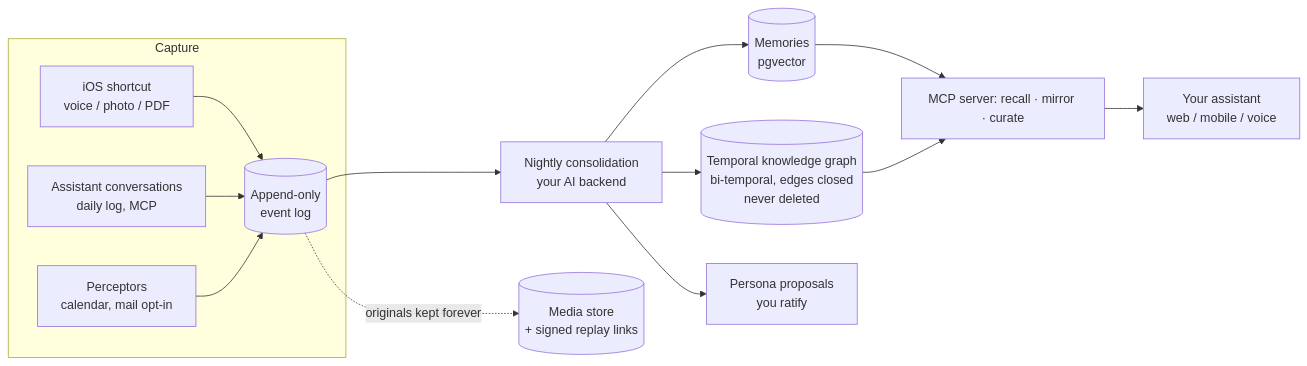
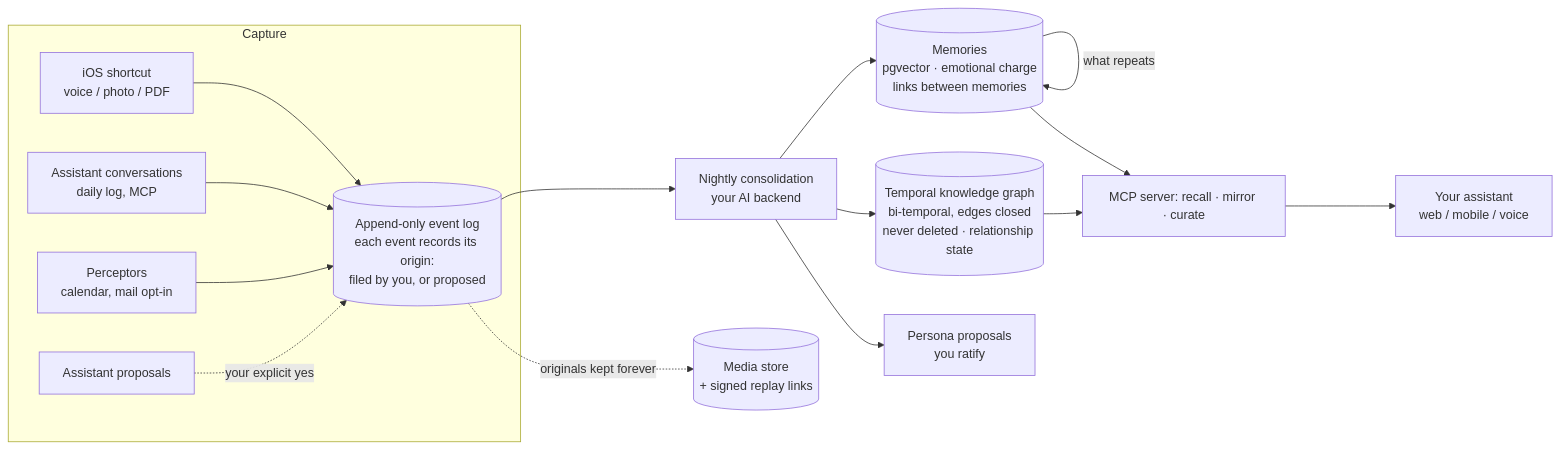
The diagram in README.md (Pensine/souvenance.me), drawn with Mermaid before and after one commit. The commit also changed other lines of this file and 20 other files, not shown here.

````diff
--- a/README.md
+++ b/README.md
@@ -66,15 +89,17 @@
 ```mermaid
 flowchart LR
     subgraph capture [Capture]
         A[iOS shortcut<br>voice / photo / PDF] --> E
         B[Assistant conversations<br>daily log, MCP] --> E
         C[Perceptors<br>calendar, mail opt-in] --> E
+        D[Assistant proposals] -.your explicit yes.-> E
     end
-    E[(Append-only<br>event log)] --> N[Nightly consolidation<br>your AI backend]
-    N --> M[(Memories<br>pgvector)]
-    N --> G[(Temporal knowledge graph<br>bi-temporal, edges closed<br>never deleted)]
+    E[(Append-only event log<br>each event records its origin:<br>filed by you, or proposed)] --> N[Nightly consolidation<br>your AI backend]
+    N --> M[(Memories<br>pgvector · emotional charge<br>links between memories)]
+    N --> G[(Temporal knowledge graph<br>bi-temporal, edges closed<br>never deleted · relationship state)]
     N --> P[Persona proposals<br>you ratify]
+    M -->|what repeats| M
     M & G --> R[MCP server: recall · mirror · curate]
     R --> AS[Your assistant<br>web / mobile / voice]
     E -.originals kept forever.-> S[(Media store<br>+ signed replay links)]
 ```
````
